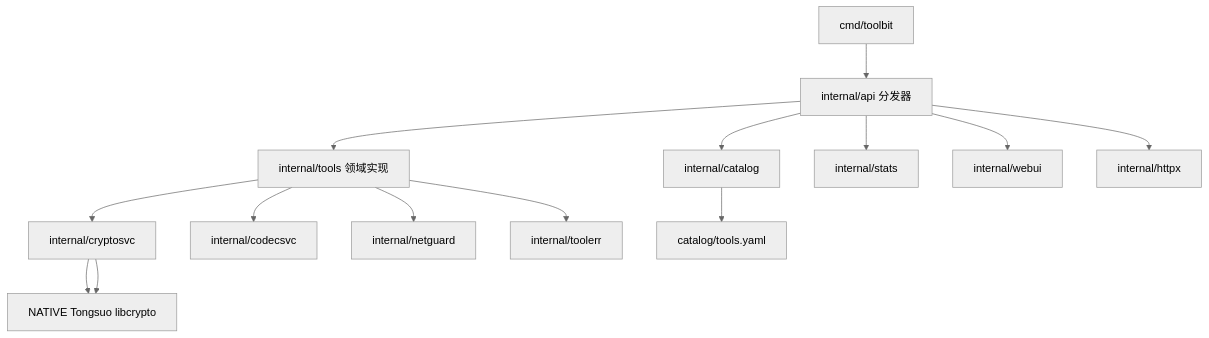
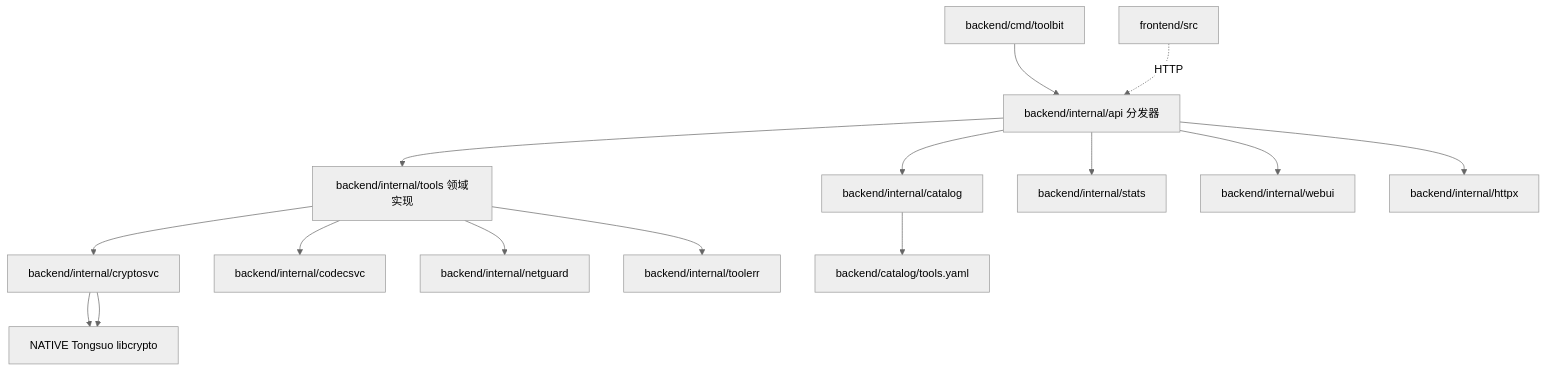
The second of 6 diagrams in docs/architecture.md (blue-cloud-net/Toolbit), drawn with Mermaid (neutral theme) before and after one commit. The commit also changed other lines of this file and 7 other files, not shown here.

First line of the commit message:
docs(architecture): 补充双构建单元目录结构并同步路径

````diff
--- a/docs/architecture.md
+++ b/docs/architecture.md
@@ -54,16 +107,17 @@
 ```mermaid
 flowchart TD
-  CMD[cmd/toolbit] --> API[internal/api 分发器]
-  API --> CAT[internal/catalog]
-  API --> TOOLS[internal/tools 领域实现]
-  API --> STATS[internal/stats]
-  API --> WEBUI[internal/webui]
-  TOOLS --> CRYPTO[internal/cryptosvc]
-  TOOLS --> CODEC[internal/codecsvc]
-  TOOLS --> NG[internal/netguard]
-  TOOLS --> ERR[internal/toolerr]
+  CMD[backend/cmd/toolbit] --> API[backend/internal/api 分发器]
+  API --> CAT[backend/internal/catalog]
+  API --> TOOLS[backend/internal/tools 领域实现]
+  API --> STATS[backend/internal/stats]
+  API --> WEBUI[backend/internal/webui]
+  TOOLS --> CRYPTO[backend/internal/cryptosvc]
+  TOOLS --> CODEC[backend/internal/codecsvc]
+  TOOLS --> NG[backend/internal/netguard]
+  TOOLS --> ERR[backend/internal/toolerr]
   CRYPTO --> TONG[github.com/blue-cloud-net/tongsuo-go]
   CRYPTO --> TONG[NATIVE Tongsuo libcrypto]
-  API --> HTTPX[internal/httpx]
-  CAT --> YAML[catalog/tools.yaml]
+  API --> HTTPX[backend/internal/httpx]
+  CAT --> YAML[backend/catalog/tools.yaml]
+  FE[frontend/src] -.HTTP.-> API
 ```
````
